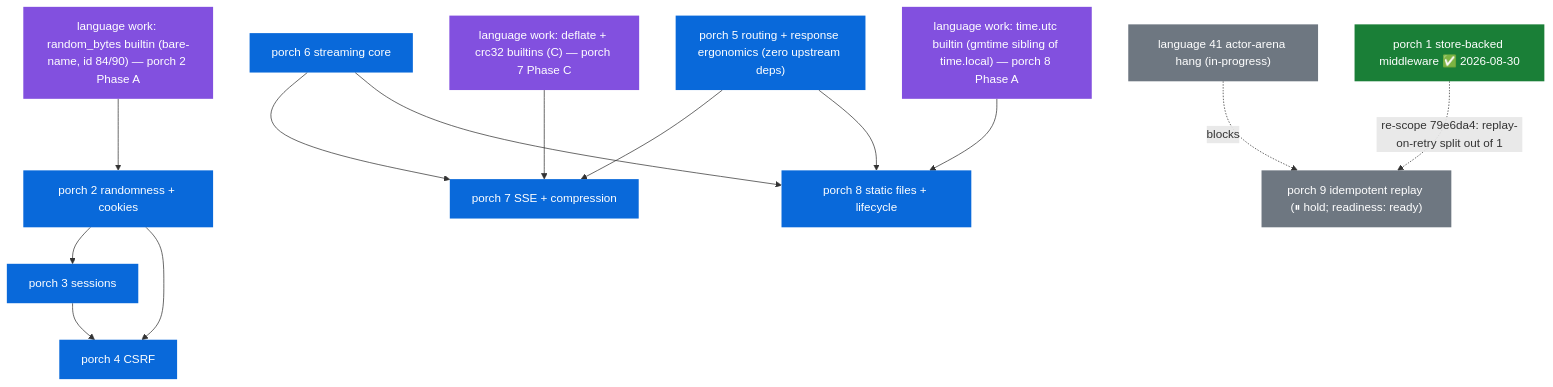
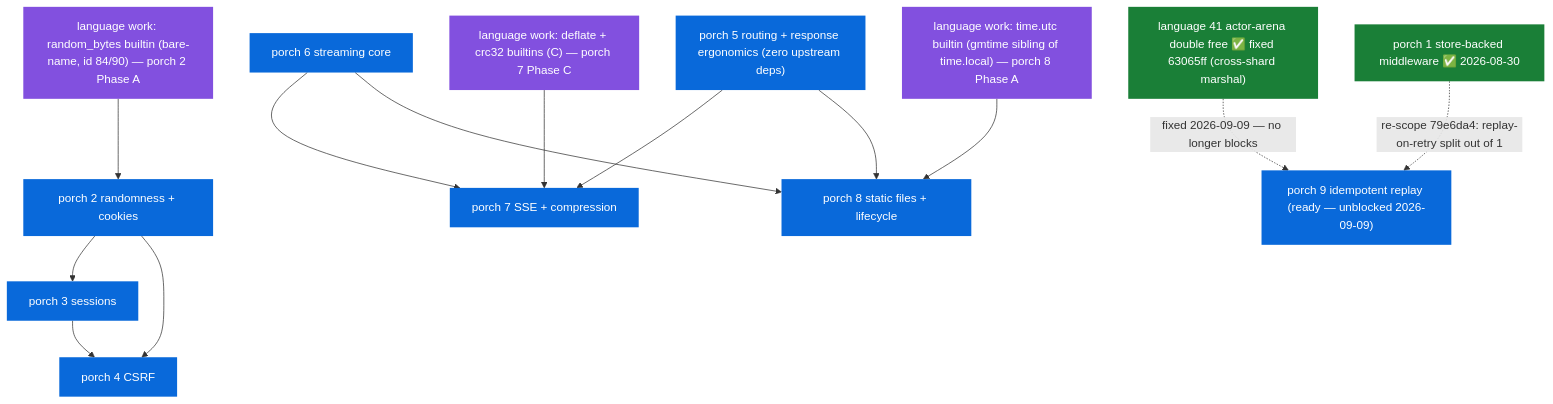
One commit to shoneyJ/writeonce changed the fifth of 8 diagrams in docs/00-dependency-graph.md. Above: the diagram before and after it, drawn with Mermaid. The commit also changed other lines of this file and 11 other files, not shown here.

````diff
--- a/docs/00-dependency-graph.md
+++ b/docs/00-dependency-graph.md
@@ -286,35 +286,35 @@
 ```mermaid
 flowchart TD
     classDef done fill:#1a7f37,color:#fff,stroke:none
     classDef ready fill:#0969da,color:#fff,stroke:none
     classDef held fill:#6e7781,color:#fff,stroke:none
     classDef lang fill:#8250df,color:#fff,stroke:none
 
     RB["language work: random_bytes builtin (bare-name, id 84/90) — porch 2 Phase A"]:::lang
     DFL["language work: deflate + crc32 builtins (C) — porch 7 Phase C"]:::lang
     TU["language work: time.utc builtin (gmtime sibling of time.local) — porch 8 Phase A"]:::lang
 
     P1["porch 1 store-backed middleware ✅ 2026-08-30"]:::done
     P2["porch 2 randomness + cookies"]:::ready
     P3["porch 3 sessions"]:::ready
     P4["porch 4 CSRF"]:::ready
     P5["porch 5 routing + response ergonomics (zero upstream deps)"]:::ready
     P6["porch 6 streaming core"]:::ready
     P7["porch 7 SSE + compression"]:::ready
     P8["porch 8 static files + lifecycle"]:::ready
-    P9["porch 9 idempotent replay (⏸ hold; readiness: ready)"]:::held
-    L41["language 41 actor-arena hang (in-progress)"]:::held
+    P9["porch 9 idempotent replay (ready — unblocked 2026-09-09)"]:::ready
+    L41["language 41 actor-arena double free ✅ fixed 63065ff (cross-shard marshal)"]:::done
 
     RB --> P2
     P2 --> P3
     P2 --> P4
     P3 --> P4
     P6 --> P7
     P6 --> P8
     P5 --> P7
     P5 --> P8
     DFL --> P7
     TU --> P8
-    L41 -.blocks.-> P9
+    L41 -.fixed 2026-09-09 — no longer blocks.-> P9
     P1 -.re-scope 79e6da4: replay-on-retry split out of 1.-> P9
 ```
````
